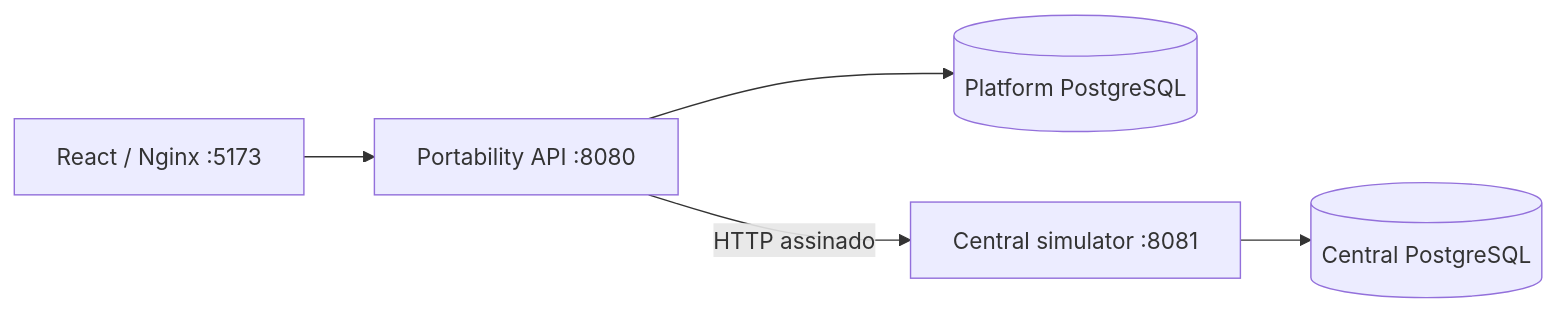
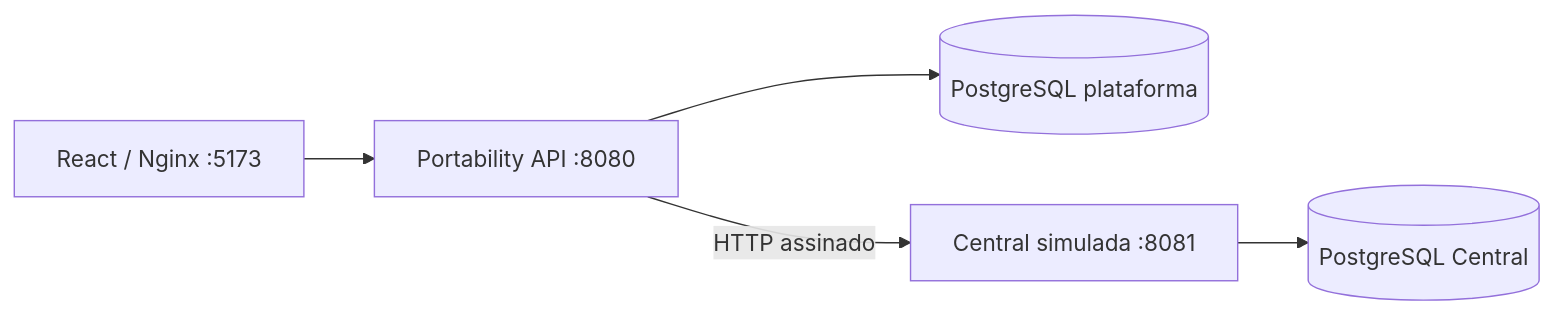
Before and after one commit to mrdouglasmorais/Payroll-Portability-Platform---Case: the diagram in docs/architecture/system-design.md, drawn with Mermaid. The commit also changed other lines of this file and 7 other files, not shown here.

````diff
--- a/docs/architecture/system-design.md
+++ b/docs/architecture/system-design.md
@@ -46,7 +71,7 @@
 ```mermaid
 flowchart LR
   Web["React / Nginx :5173"] --> Api["Portability API :8080"]
-  Api --> PlatformDb[(Platform PostgreSQL)]
-  Api -->|HTTP assinado| Central["Central simulator :8081"]
-  Central --> CentralDb[(Central PostgreSQL)]
+  Api --> PlatformDb[(PostgreSQL plataforma)]
+  Api -->|HTTP assinado| Central["Central simulada :8081"]
+  Central --> CentralDb[(PostgreSQL Central)]
 ```
````
